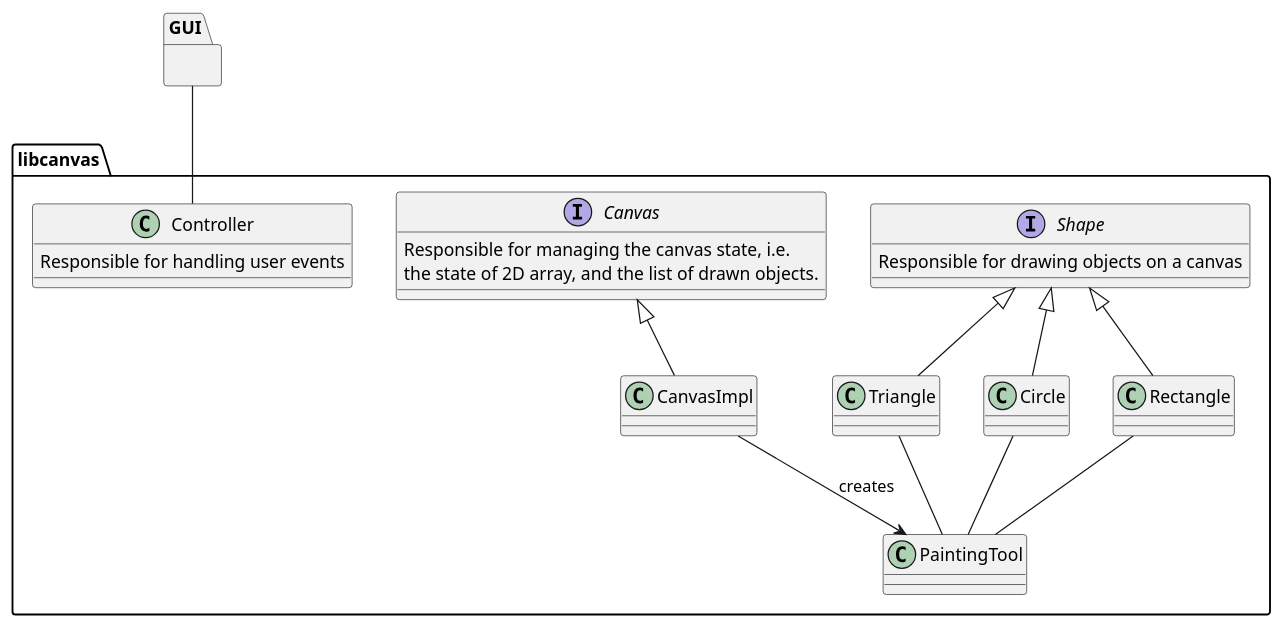
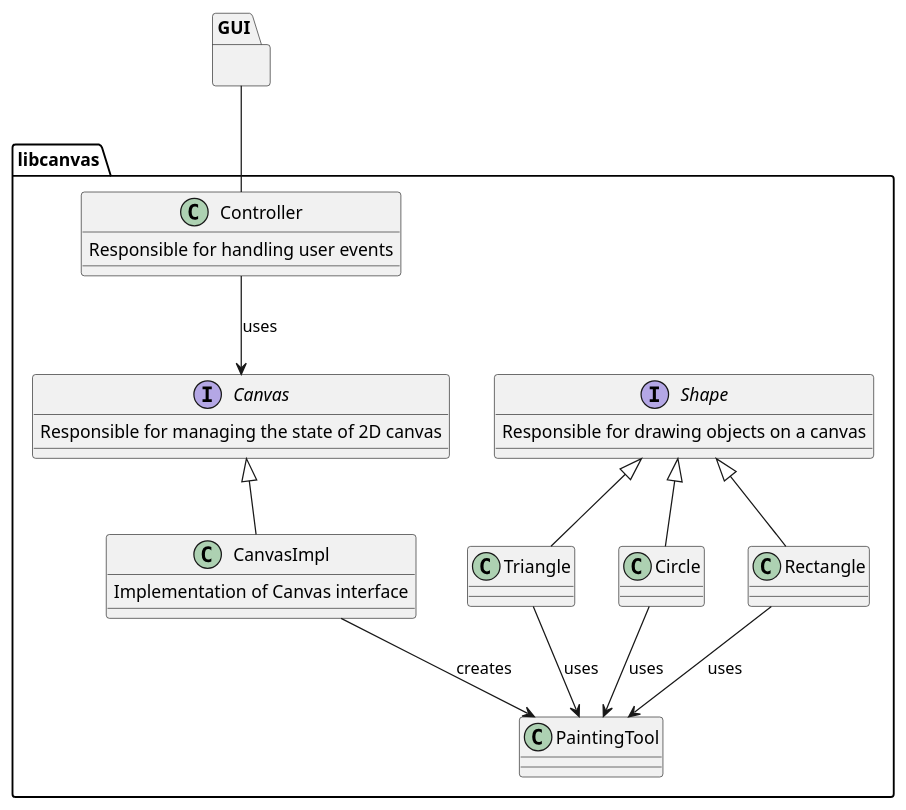
Before and after one commit to piotr-tanski/Canvas: the diagram in doc/static_architecture.puml, drawn with PlantUML.

```diff
--- a/doc/static_architecture.puml
+++ b/doc/static_architecture.puml
@@ -1,39 +1,41 @@
 @startuml
 
 package libcanvas {
-class CanvasImpl
+class CanvasImpl {
+    Implementation of Canvas interface
+}
 class PaintingTool
 class Rectangle
 class Circle
 class Triangle
 
 interface Shape {
     Responsible for drawing objects on a canvas
 }
 
 interface Canvas {
-    Responsible for managing the canvas state, i.e.
-    the state of 2D array, and the list of drawn objects.
+    Responsible for managing the state of 2D canvas
 }
 
 class Controller {
     Responsible for handling user events
 }
 
 CanvasImpl -up-|> Canvas
 Rectangle -up-|> Shape
 Circle -up-|> Shape
 Triangle -up-|> Shape
 
 CanvasImpl -down-> PaintingTool : creates
-PaintingTool -up- Rectangle
-PaintingTool -up- Circle
-PaintingTool -up- Triangle
+PaintingTool <-up- Rectangle : uses
+PaintingTool <-up- Circle : uses
+PaintingTool <-up- Triangle : uses
+Controller --> Canvas : uses
 }
 
 package GUI {
 }
 
 GUI -- Controller
 
 @enduml
```
